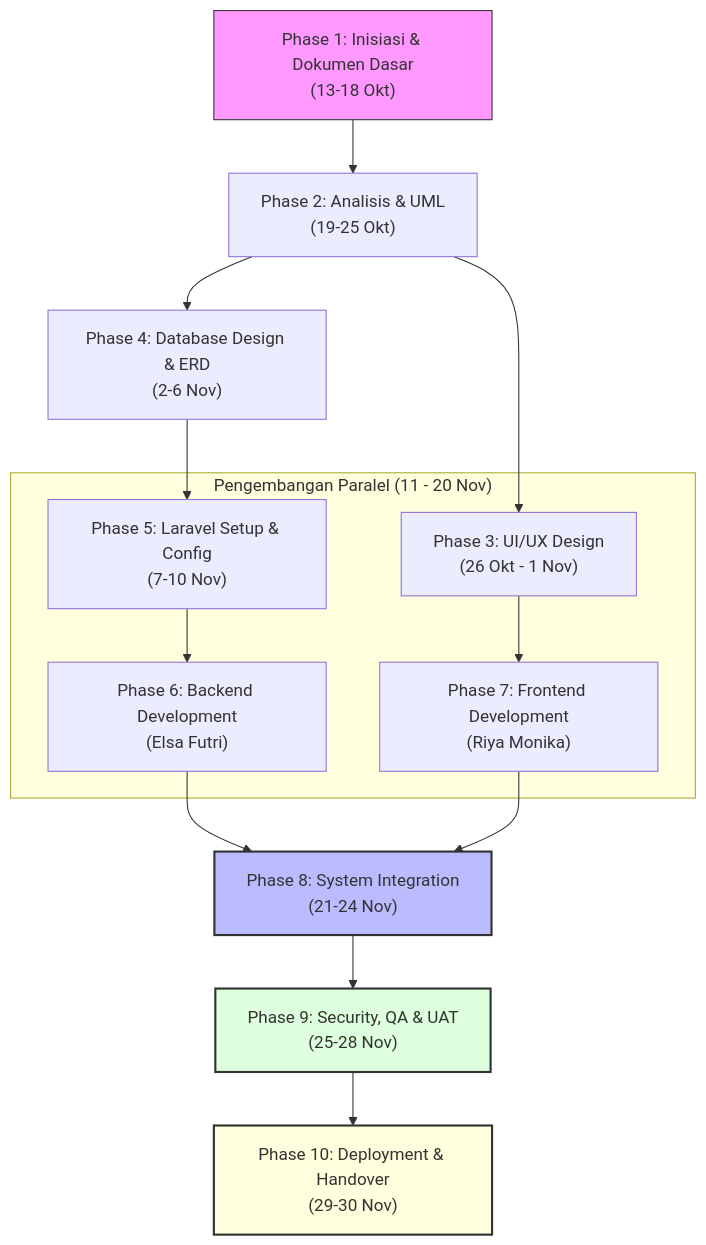
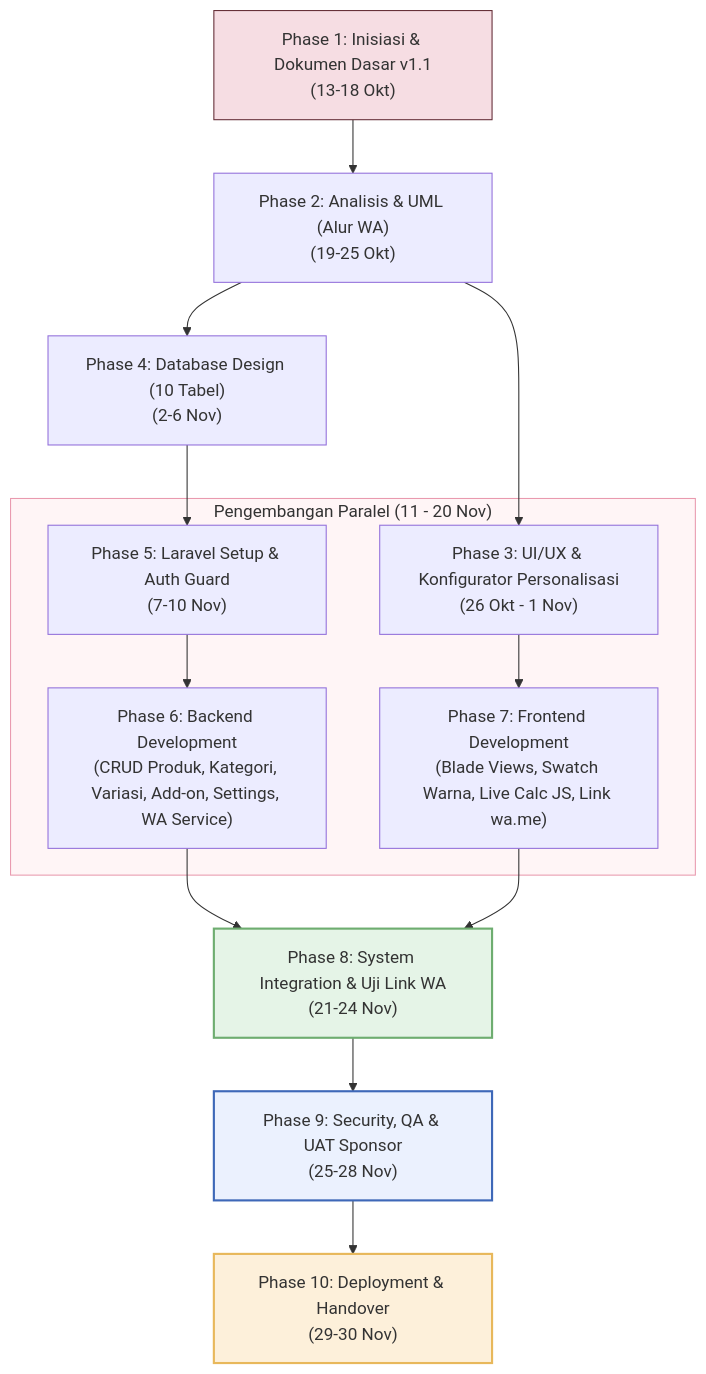
One commit to Elfend11/buketbunga changed the diagram in docs/DOC-004-project-schedule-verification.md. Above: the diagram before and after it, drawn with Mermaid. The commit also changed other lines of this file and 89 other files, not shown here.

````diff
--- a/docs/DOC-004-project-schedule-verification.md
+++ b/docs/DOC-004-project-schedule-verification.md
@@ -45,22 +44,23 @@
 ```mermaid
 flowchart TD
-    P1["Phase 1: Inisiasi & Dokumen Dasar<br>(13-18 Okt)"] --> P2["Phase 2: Analisis & UML<br>(19-25 Okt)"]
-    P2 --> P3["Phase 3: UI/UX Design<br>(26 Okt - 1 Nov)"]
-    P2 --> P4["Phase 4: Database Design & ERD<br>(2-6 Nov)"]
-    P4 --> P5["Phase 5: Laravel Setup & Config<br>(7-10 Nov)"]
+    P1["Phase 1: Inisiasi & Dokumen Dasar v1.1<br>(13-18 Okt)"] --> P2["Phase 2: Analisis & UML (Alur WA)<br>(19-25 Okt)"]
+    P2 --> P3["Phase 3: UI/UX & Konfigurator Personalisasi<br>(26 Okt - 1 Nov)"]
+    P2 --> P4["Phase 4: Database Design (10 Tabel)<br>(2-6 Nov)"]
+    P4 --> P5["Phase 5: Laravel Setup & Auth Guard<br>(7-10 Nov)"]
     
     subgraph Parallel_Track ["Pengembangan Paralel (11 - 20 Nov)"]
-        P5 --> P6["Phase 6: Backend Development<br>(Elsa Futri)"]
-        P3 --> P7["Phase 7: Frontend Development<br>(Riya Monika)"]
+        P5 --> P6["Phase 6: Backend Development<br>(CRUD Produk, Kategori, Variasi, Add-on, Settings, WA Service)"]
+        P3 --> P7["Phase 7: Frontend Development<br>(Blade Views, Swatch Warna, Live Calc JS, Link wa.me)"]
     end
 
-    P6 --> P8["Phase 8: System Integration<br>(21-24 Nov)"]
+    P6 --> P8["Phase 8: System Integration & Uji Link WA<br>(21-24 Nov)"]
     P7 --> P8
-    P8 --> P9["Phase 9: Security, QA & UAT<br>(25-28 Nov)"]
+    P8 --> P9["Phase 9: Security, QA & UAT Sponsor<br>(25-28 Nov)"]
     P9 --> P10["Phase 10: Deployment & Handover<br>(29-30 Nov)"]
 
-    style P1 fill:#f9f,stroke:#333,stroke-width:1px
-    style P8 fill:#bbf,stroke:#333,stroke-width:2px
-    style P9 fill:#dfd,stroke:#333,stroke-width:2px
-    style P10 fill:#ffd,stroke:#333,stroke-width:2px
+    style P1 fill:#f6dde3,stroke:#642d36,stroke-width:1px
+    style Parallel_Track fill:#fff5f6,stroke:#e99aaf,stroke-width:1px
+    style P8 fill:#e5f4e7,stroke:#6ead70,stroke-width:2px
+    style P9 fill:#ebf1fe,stroke:#3e68b8,stroke-width:2px
+    style P10 fill:#fdf0da,stroke:#e8b85b,stroke-width:2px
 ```
````
